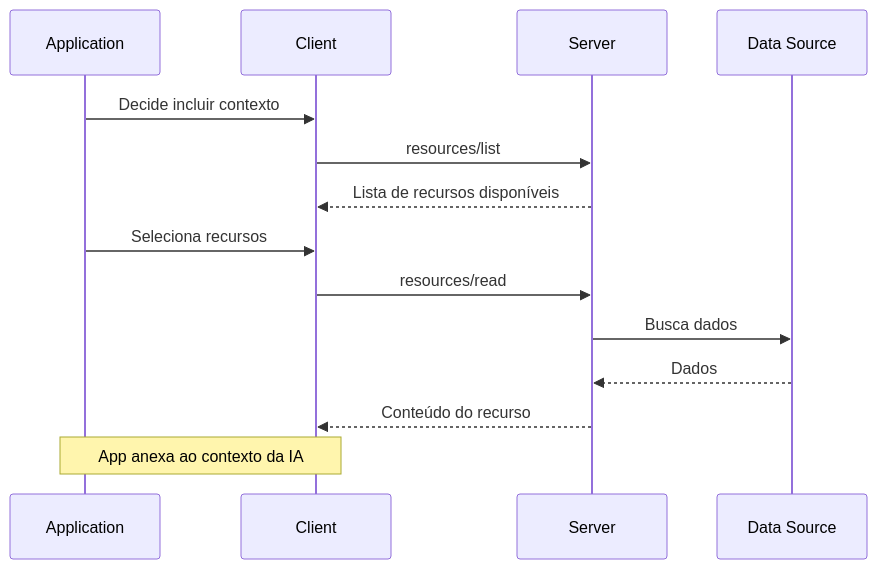
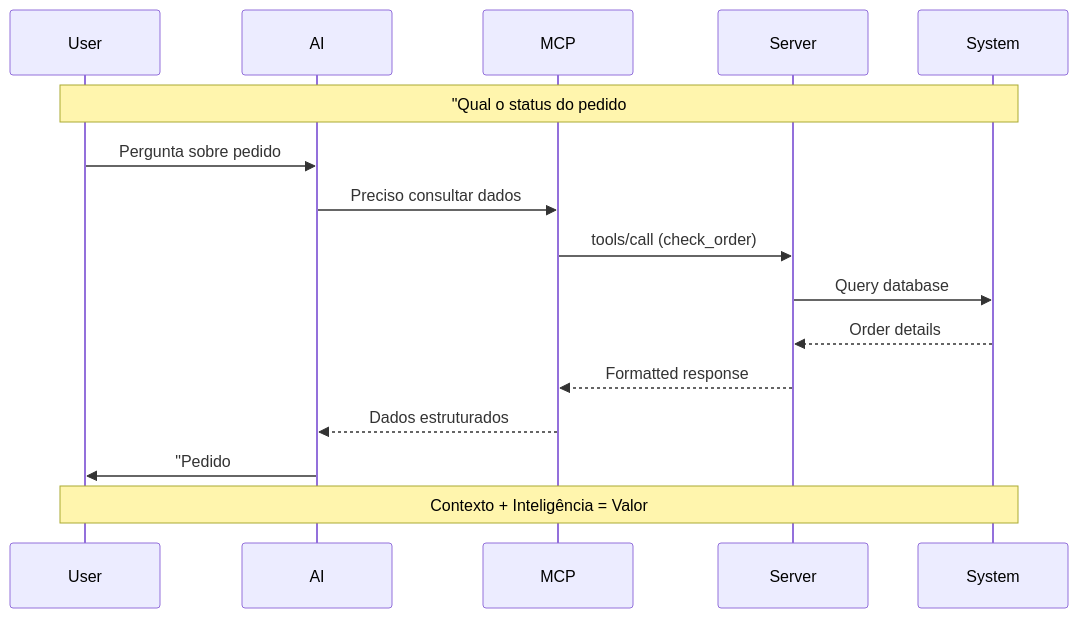
The eighth of 39 diagrams in AI/Comunicação/MCP/00-mcp-presentation-zero to hero.md (felipepimentel/my-public-notes), drawn with Mermaid before and after one commit. The commit also changed other lines of this file, not shown here.

````diff
--- a/AI/Comunicação/MCP/00-mcp-presentation-zero to hero.md
+++ b/AI/Comunicação/MCP/00-mcp-presentation-zero to hero.md
@@ -213,19 +184,21 @@
 ```mermaid
 sequenceDiagram
-    participant App as Application
-    participant Client
+    participant User
+    participant AI
+    participant MCP
     participant Server
-    participant Data as Data Source
+    participant System
     
-    App->>Client: Decide incluir contexto
-    Client->>Server: resources/list
-    Server-->>Client: Lista de recursos disponíveis
+    Note over User,System: "Qual o status do pedido #123?"
     
-    App->>Client: Seleciona recursos
-    Client->>Server: resources/read
-    Server->>Data: Busca dados
-    Data-->>Server: Dados
-    Server-->>Client: Conteúdo do recurso
+    User->>AI: Pergunta sobre pedido
+    AI->>MCP: Preciso consultar dados
+    MCP->>Server: tools/call (check_order)
+    Server->>System: Query database
+    System-->>Server: Order details
+    Server-->>MCP: Formatted response
+    MCP-->>AI: Dados estruturados
+    AI->>User: "Pedido #123 está em transporte..."
     
-    Note over App,Client: App anexa ao contexto da IA
+    Note over User,System: Contexto + Inteligência = Valor
 ```
````
